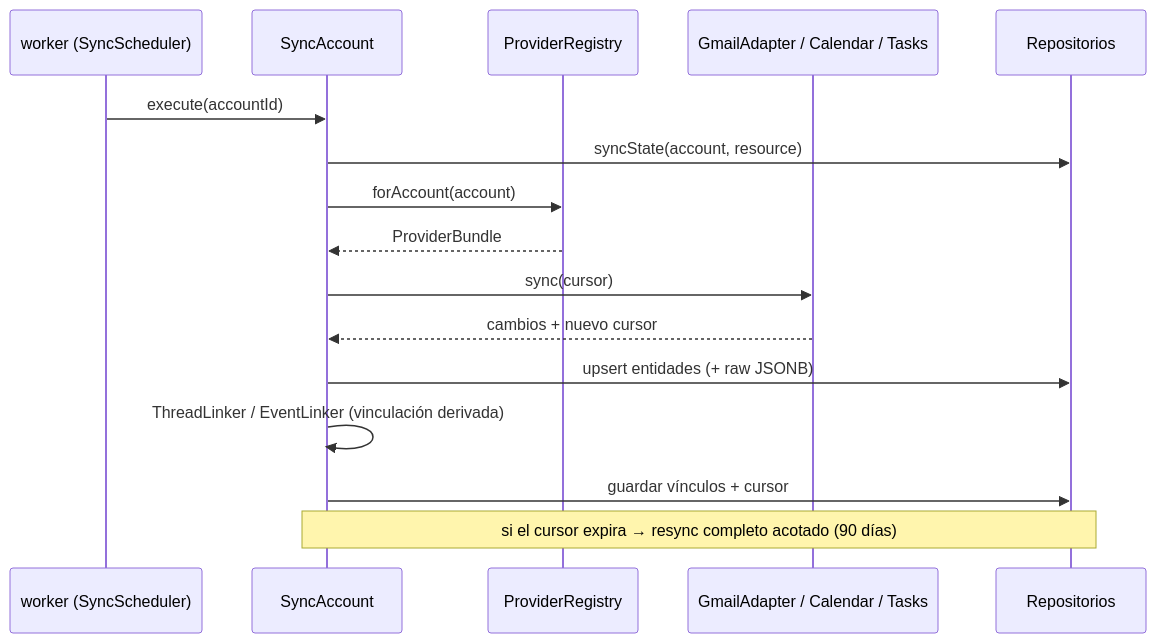
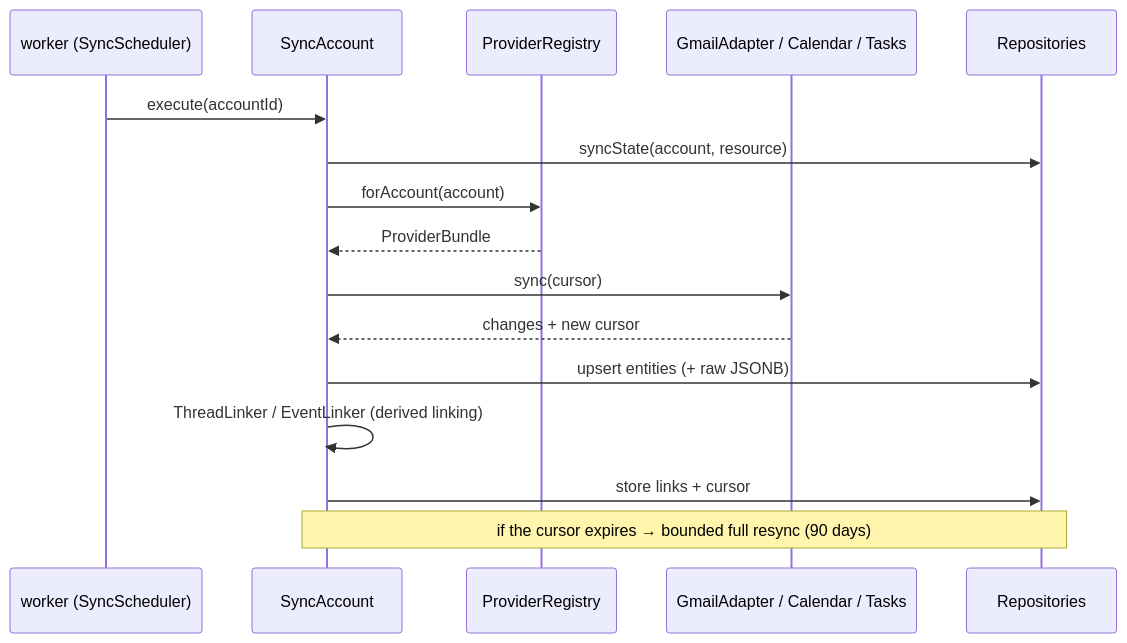
Before and after one commit to srovere/jarvis: the sixth of 9 diagrams in docs/architecture.md, drawn with Mermaid. The commit also changed other lines of this file and 68 other files, not shown here.

````diff
--- a/docs/architecture.md
+++ b/docs/architecture.md
@@ -225,18 +225,18 @@
 ```mermaid
 sequenceDiagram
   participant W as worker (SyncScheduler)
   participant UC as SyncAccount
   participant R as ProviderRegistry
   participant P as GmailAdapter / Calendar / Tasks
-  participant DB as Repositorios
+  participant DB as Repositories
   W->>UC: execute(accountId)
   UC->>DB: syncState(account, resource)
   UC->>R: forAccount(account)
   R-->>UC: ProviderBundle
   UC->>P: sync(cursor)
-  P-->>UC: cambios + nuevo cursor
-  UC->>DB: upsert entidades (+ raw JSONB)
-  UC->>UC: ThreadLinker / EventLinker (vinculación derivada)
-  UC->>DB: guardar vínculos + cursor
-  Note over UC,DB: si el cursor expira → resync completo acotado (90 días)
+  P-->>UC: changes + new cursor
+  UC->>DB: upsert entities (+ raw JSONB)
+  UC->>UC: ThreadLinker / EventLinker (derived linking)
+  UC->>DB: store links + cursor
+  Note over UC,DB: if the cursor expires → bounded full resync (90 days)
 ```
````
